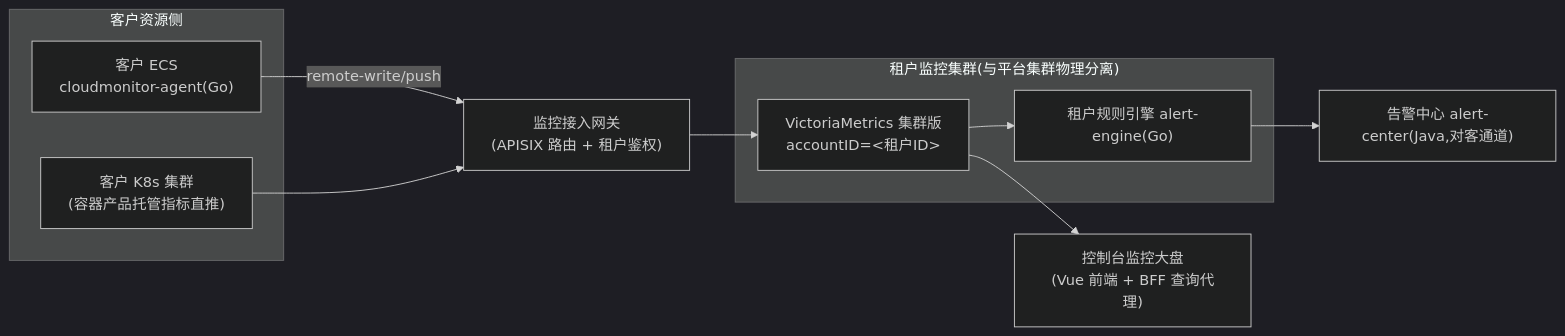
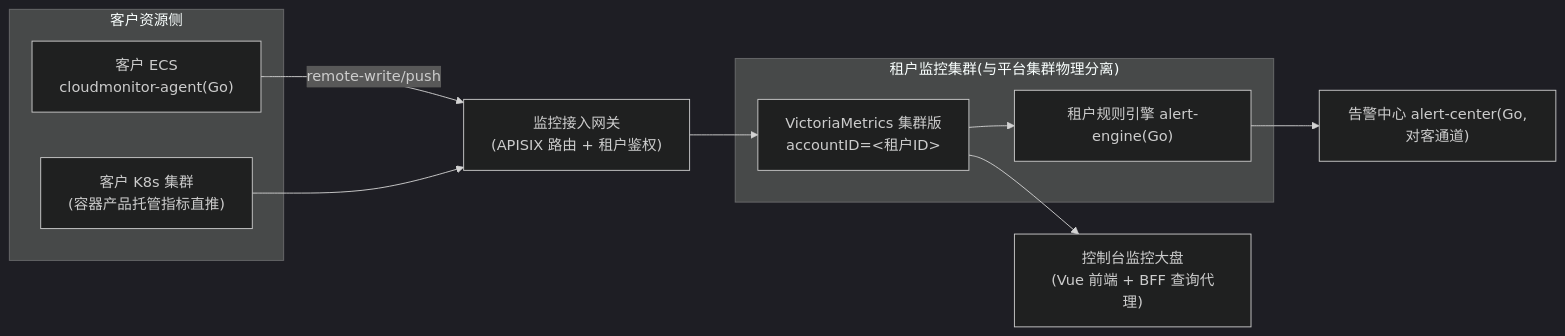
The ninth of 9 diagrams in docs/architecture/05-data-observability.md (qifalab/euler-platform), drawn with Mermaid (dark theme) before and after one commit. The commit also changed other lines of this file and 318 other files, not shown here.

````diff
--- a/docs/architecture/05-data-observability.md
+++ b/docs/architecture/05-data-observability.md
@@ -712,23 +712,23 @@
 ```mermaid
 flowchart LR
     subgraph TENANT["客户资源侧"]
         VM1["客户 ECS<br/>cloudmonitor-agent(Go)"]
         K8S1["客户 K8s 集群<br/>(容器产品托管指标直推)"]
     end
 
     GW["监控接入网关<br/>(APISIX 路由 + 租户鉴权)"]
 
     subgraph TM["租户监控集群(与平台集群物理分离)"]
         TVM["VictoriaMetrics 集群版<br/>accountID=<租户ID>"]
         ENG["租户规则引擎 alert-engine(Go)"]
     end
 
-    AC["告警中心 alert-center(Java,对客通道)"]
+    AC["告警中心 alert-center(Go,对客通道)"]
     CON["控制台监控大盘<br/>(Vue 前端 + BFF 查询代理)"]
 
     VM1 -->|remote-write/push| GW
     K8S1 --> GW
     GW --> TVM
     TVM --> ENG --> AC
     TVM --> CON
 ```
````
